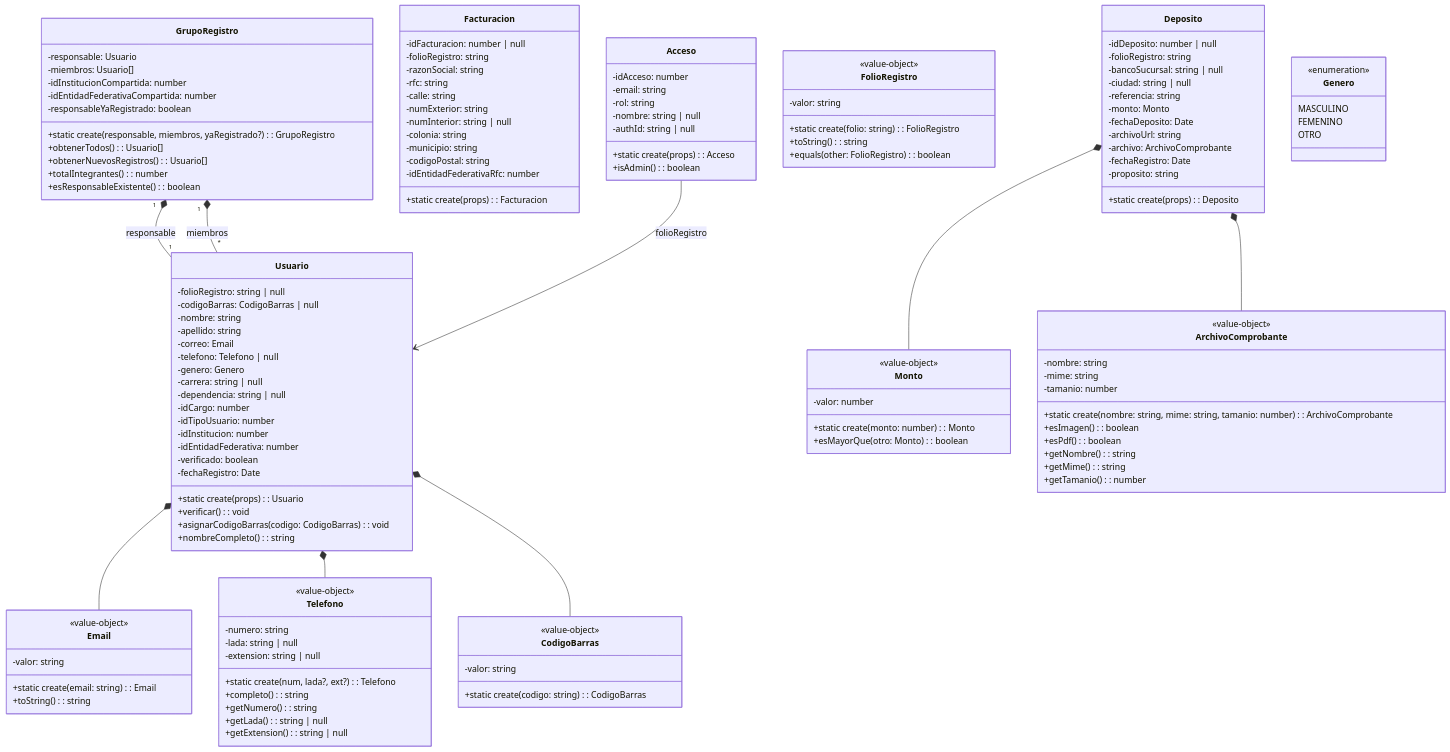
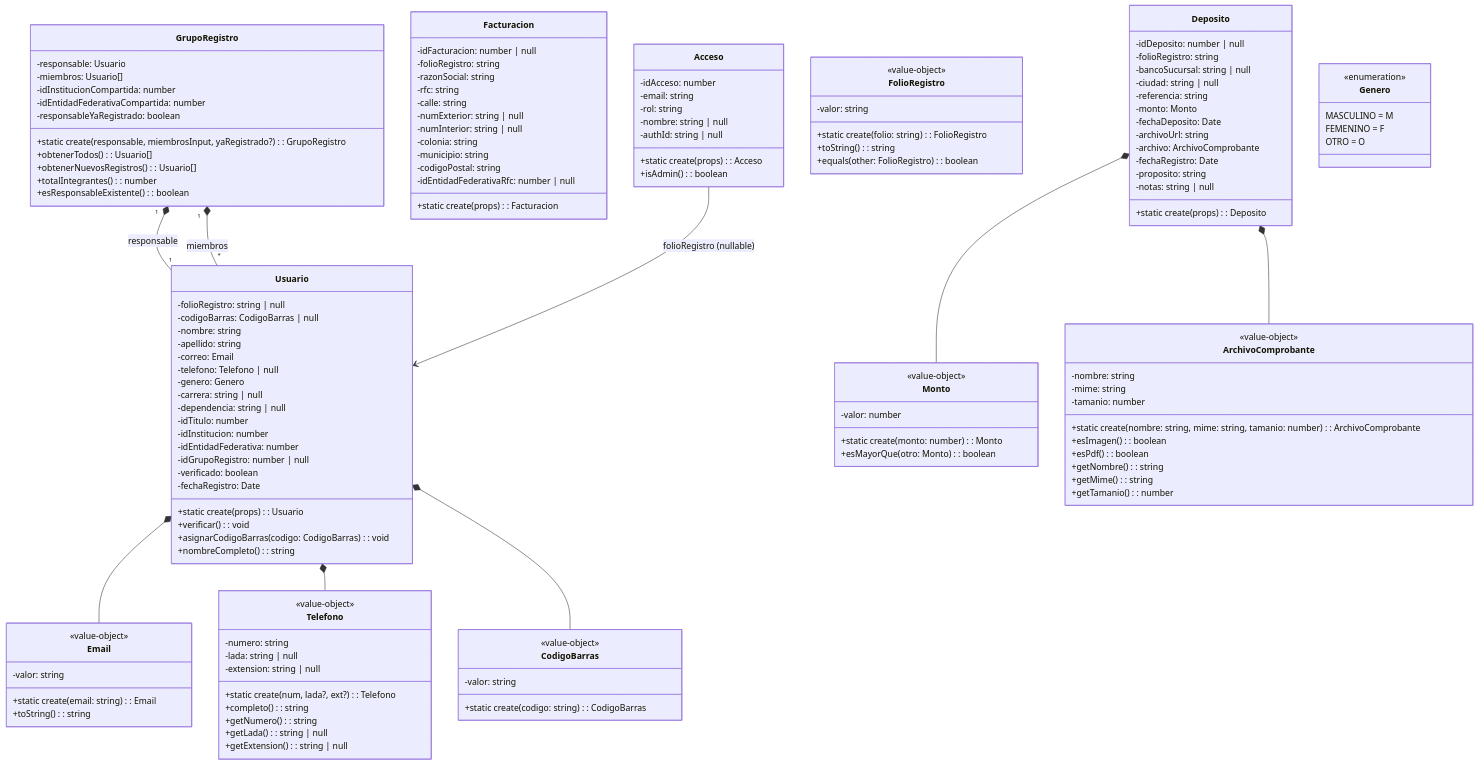
One commit to iKinoo/aniei-registro-2026 changed the second of 14 diagrams in docs/DESIGN.md. Above: the diagram before and after it, drawn with Mermaid. The commit also changed other lines of this file and 30 other files, not shown here.

````diff
--- a/docs/DESIGN.md
+++ b/docs/DESIGN.md
@@ -392,10 +404,10 @@
         -genero: Genero
         -carrera: string | null
         -dependencia: string | null
-        -idCargo: number
-        -idTipoUsuario: number
+        -idTitulo: number
         -idInstitucion: number
         -idEntidadFederativa: number
+        -idGrupoRegistro: number | null
         -verificado: boolean
         -fechaRegistro: Date
         +static create(props): Usuario
@@ -416,6 +428,7 @@
         -archivo: ArchivoComprobante
         -fechaRegistro: Date
         -proposito: string
+        -notas: string | null
         +static create(props): Deposito
     }
 
@@ -425,12 +438,12 @@
         -razonSocial: string
         -rfc: string
         -calle: string
-        -numExterior: string
+        -numExterior: string | null
         -numInterior: string | null
         -colonia: string
         -municipio: string
         -codigoPostal: string
-        -idEntidadFederativaRfc: number
+        -idEntidadFederativaRfc: number | null
         +static create(props): Facturacion
     }
 
@@ -440,7 +453,7 @@
         -idInstitucionCompartida: number
         -idEntidadFederativaCompartida: number
         -responsableYaRegistrado: boolean
-        +static create(responsable, miembros, yaRegistrado?): GrupoRegistro
+        +static create(responsable, miembrosInput, yaRegistrado?): GrupoRegistro
         +obtenerTodos(): Usuario[]
         +obtenerNuevosRegistros(): Usuario[]
         +totalIntegrantes(): number
@@ -512,9 +525,9 @@
 
     class Genero {
         <<enumeration>>
-        MASCULINO
-        FEMENINO
-        OTRO
+        MASCULINO = M
+        FEMENINO = F
+        OTRO = O
     }
 
     Usuario *-- Email
@@ -524,5 +537,5 @@
     Deposito *-- ArchivoComprobante
     GrupoRegistro "1" *-- "1" Usuario : responsable
     GrupoRegistro "1" *-- "*" Usuario : miembros
-    Acceso --> Usuario : folioRegistro
+    Acceso --> Usuario : folioRegistro (nullable)
 ```
````
